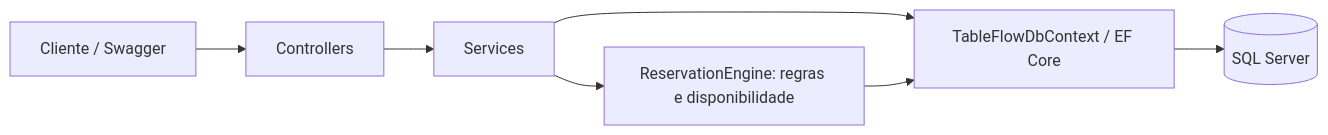
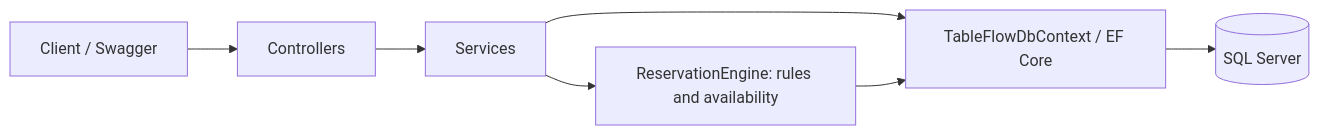
Before and after one commit to bytecraftaibrazil/TableFlow: the diagram in README.md, drawn with Mermaid. The commit also changed other lines of this file and 7 other files, not shown here.

````diff
--- a/README.md
+++ b/README.md
@@ -14,9 +14,9 @@
 ```mermaid
 flowchart LR
-    HTTP[Cliente / Swagger] --> Controllers
+    HTTP[Client / Swagger] --> Controllers
     Controllers --> Services
-    Services --> Engine[ReservationEngine: regras e disponibilidade]
+    Services --> Engine[ReservationEngine: rules and availability]
     Services --> EF[TableFlowDbContext / EF Core]
     Engine --> EF
     EF --> SQL[(SQL Server)]
 ```
````
